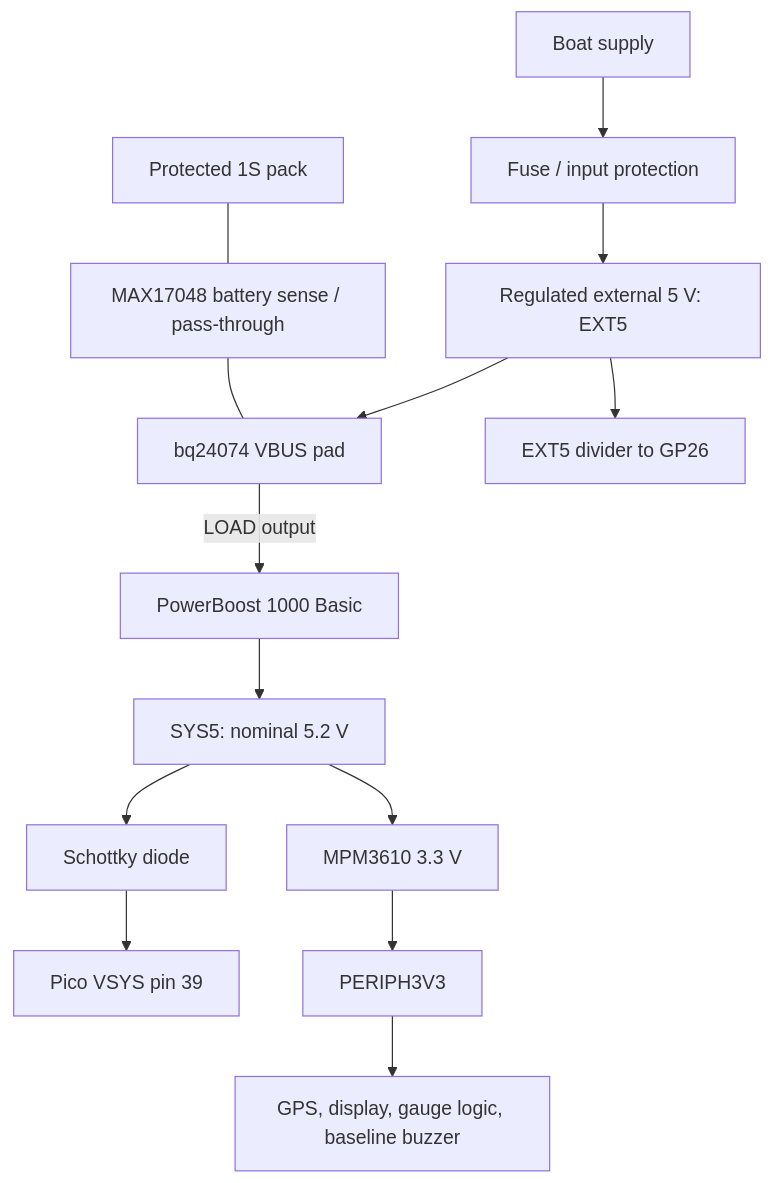
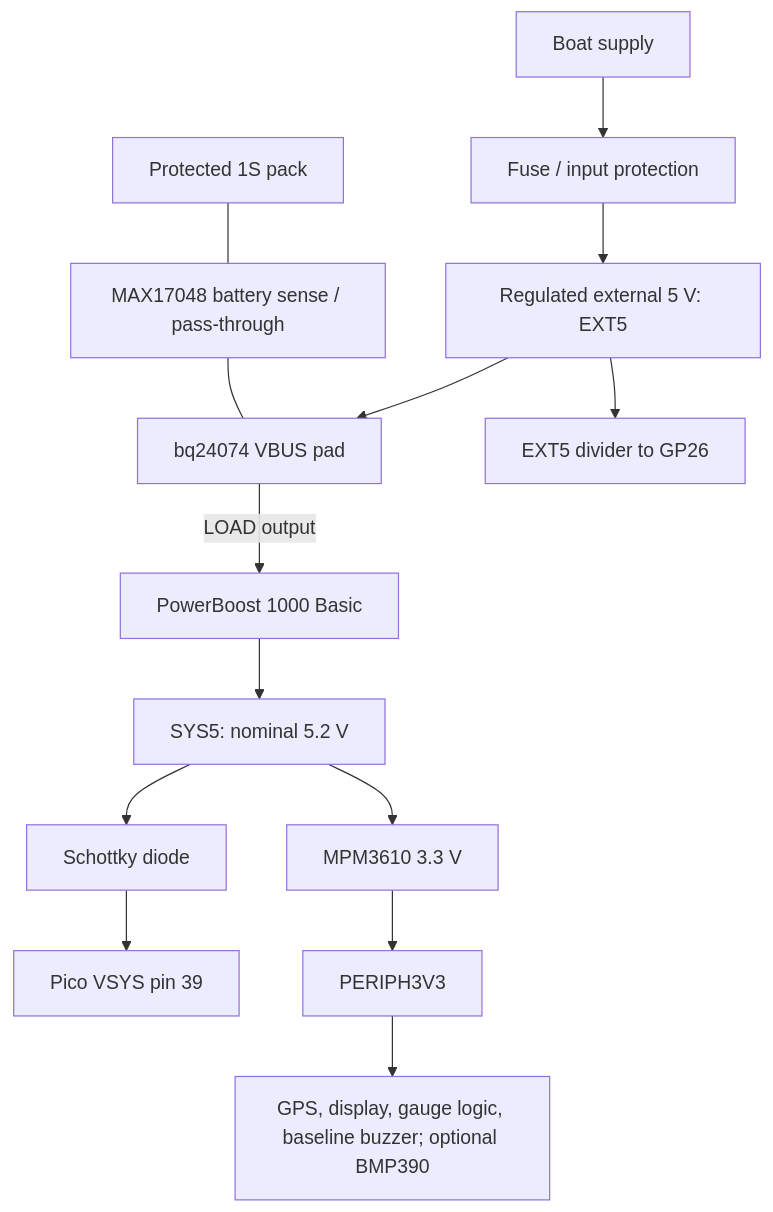
Before and after one commit to frye/moorpheus: the second of 5 diagrams in docs/pico_2_w_anchor_alarm_build_guide_v2.md, drawn with Mermaid. The commit also changed other lines of this file and 4 other files, not shown here.

First line of the commit message:
Document optional BMP390 for offline pressure and temperature trends

````diff
--- a/docs/pico_2_w_anchor_alarm_build_guide_v2.md
+++ b/docs/pico_2_w_anchor_alarm_build_guide_v2.md
@@ -116,16 +124,16 @@
 ```mermaid
 flowchart TD
     BOAT["Boat supply"] --> FUSE["Fuse / input protection"]
     FUSE --> DC["Regulated external 5 V: EXT5"]
     DC --> CHG["bq24074 VBUS pad"]
     BAT["Protected 1S pack"] --- FG["MAX17048 battery sense / pass-through"]
     FG --- CHG
     CHG -->|LOAD output| PB["PowerBoost 1000 Basic"]
     PB --> SYS["SYS5: nominal 5.2 V"]
     SYS --> D["Schottky diode"]
     D --> VSYS["Pico VSYS pin 39"]
     SYS --> BUCK["MPM3610 3.3 V"]
     BUCK --> P3["PERIPH3V3"]
-    P3 --> LOADS["GPS, display, gauge logic, baseline buzzer"]
+    P3 --> LOADS["GPS, display, gauge logic, baseline buzzer; optional BMP390"]
     DC --> SENSE["EXT5 divider to GP26"]
 ```
````
